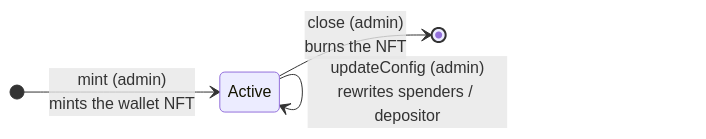
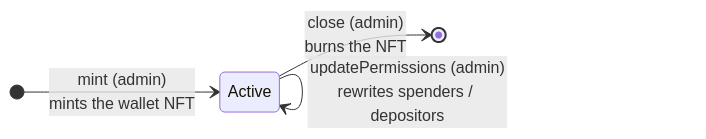
Before and after one commit to input-output-hk/contracts-library: the diagram in docs/smart-wallet/usage.md, drawn with Mermaid. The commit also changed other lines of this file and 9 other files, not shown here.

````diff
--- a/docs/smart-wallet/usage.md
+++ b/docs/smart-wallet/usage.md
@@ -46,9 +48,9 @@
 ```mermaid
 stateDiagram-v2
     direction LR
     [*] --> Active: mint (admin)<br/>mints the wallet NFT
-    Active --> Active: deposit (depositor)<br/>adds funds, datum preserved
-    Active --> Active: spend (M-of-N + delegated scripts)<br/>pays out, keeps the NFT
-    Active --> Active: updateConfig (admin)<br/>rewrites spenders / depositor
+    Active --> Active: deposit (depositors)<br/>adds funds, spenders preserved
+    Active --> Active: spend (M-of-N + spenders)<br/>pays out, keeps the NFT
+    Active --> Active: updatePermissions (admin)<br/>rewrites spenders / depositors
     Active --> [*]: close (admin)<br/>burns the NFT
 ```
````
